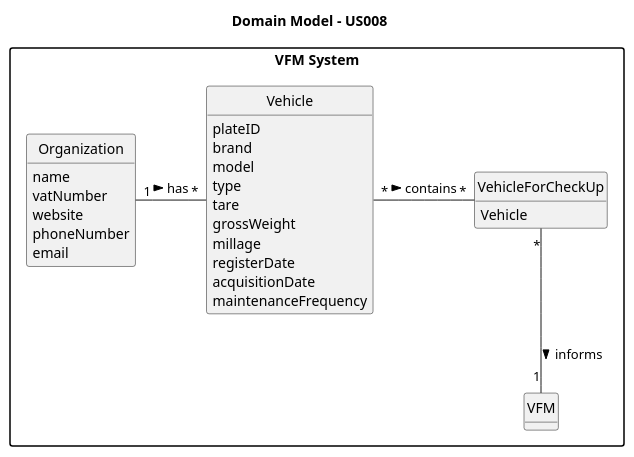
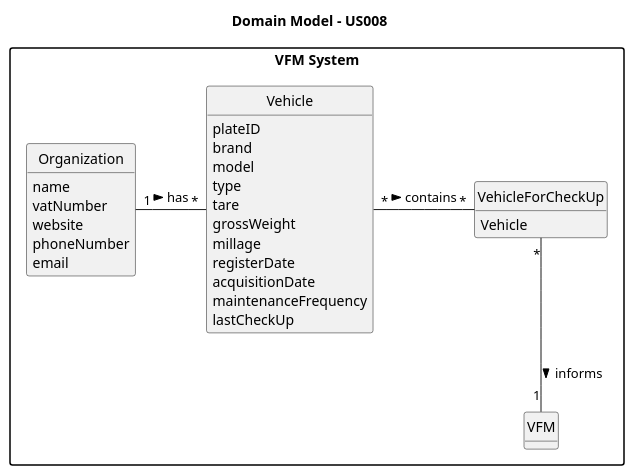
Before and after one commit to SAEmanuel/Green_Spaces_Management_ISEP: the diagram in docs/sprintA/us008/02.analysis/puml/us008-domain-model.puml, drawn with PlantUML. The commit also changed 2 other files, not shown here.

```diff
--- a/docs/sprintA/us008/02.analysis/puml/us008-domain-model.puml
+++ b/docs/sprintA/us008/02.analysis/puml/us008-domain-model.puml
@@ -1,53 +1,54 @@
 @startuml
 skinparam monochrome true
 skinparam packageStyle rectangle
 skinparam shadowing false
 
 'left to right direction
 
 skinparam classAttributeIconSize 0
 
 hide circle
 hide methods
 package "VFM System" {
 
 title Domain Model - US008
 
 class VehicleForCheckUp {
     Vehicle
 }
 
 class VFM {
 }
 
 class Vehicle {
          plateID
          brand
          model
          type
          tare
          grossWeight
          millage
          registerDate
          acquisitionDate
          maintenanceFrequency
+         lastCheckUp
 }
 
 class Organization {
 name
 vatNumber
 website
 phoneNumber
 email
 }
 
 
 
 Organization "1" - "*" Vehicle: has >
 Vehicle "*"- "*" VehicleForCheckUp: contains >
 VehicleForCheckUp "*" -- "1" VFM : informs >
 
 
 
 
 @enduml
```
